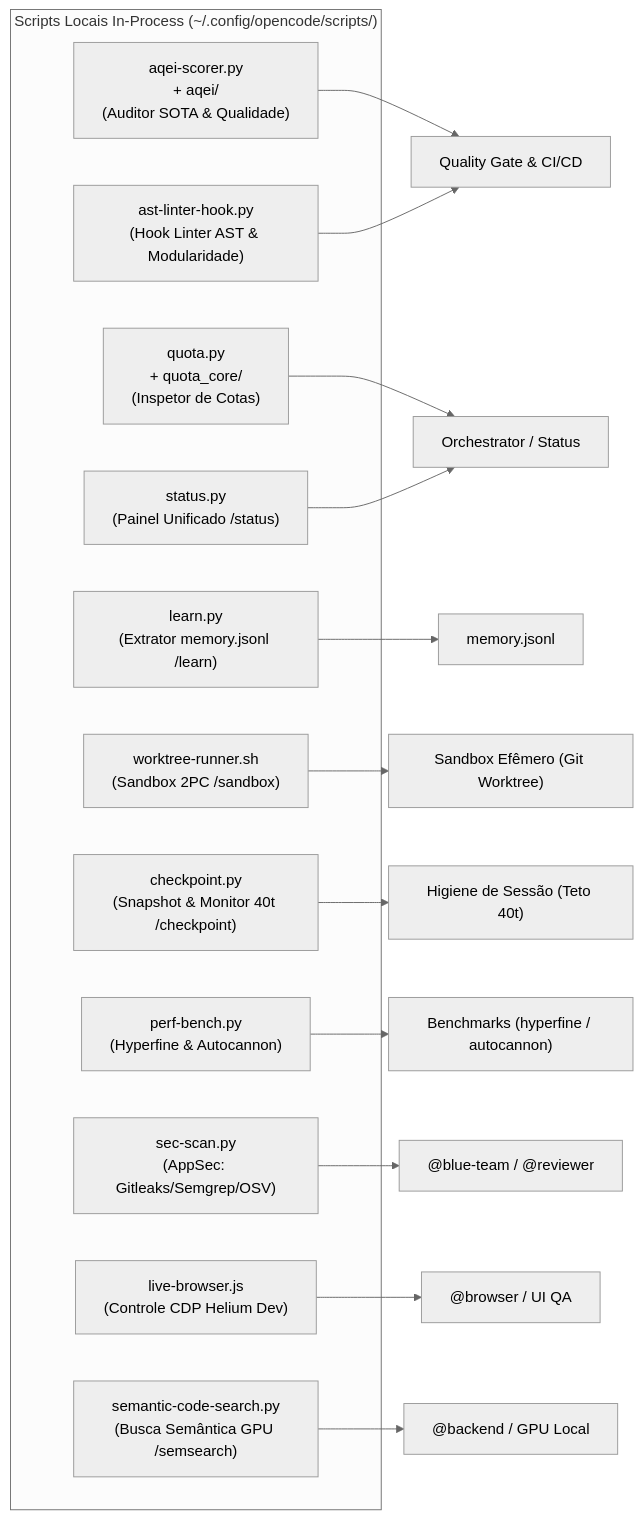
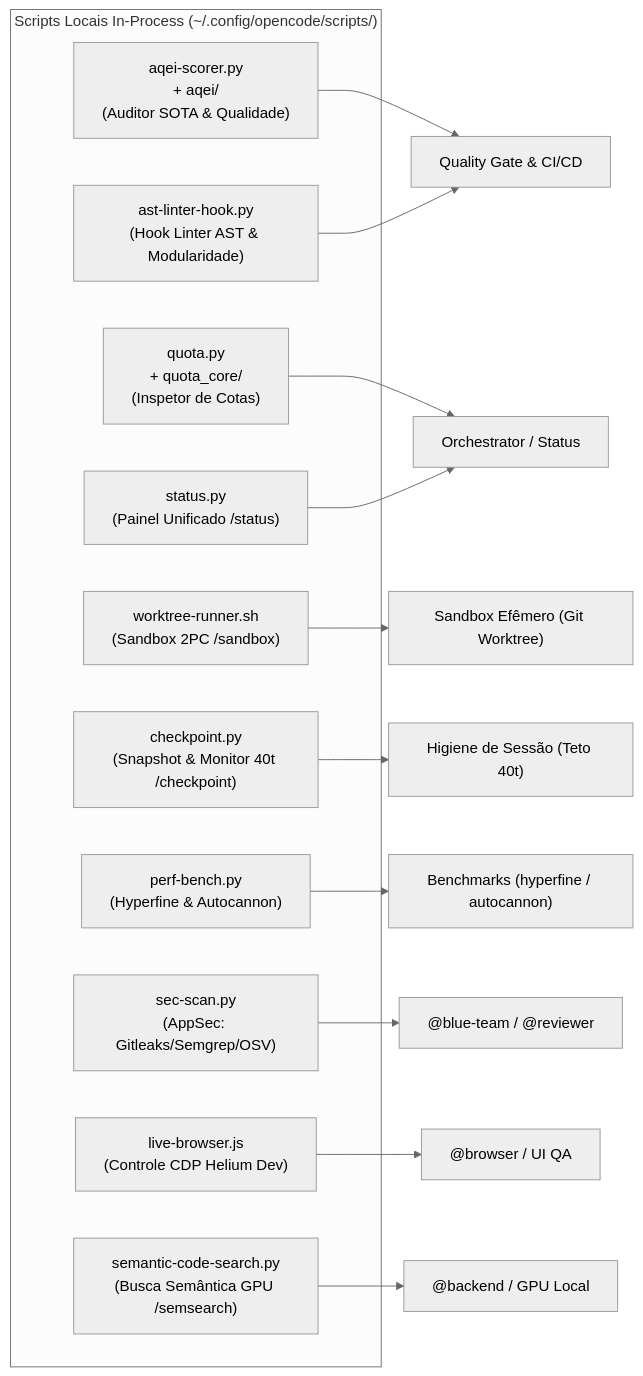
One commit to Caio2a7/dotfiles changed the diagram in opencode/.config/opencode/docs/TOOLING_CATALOG.md. Above: the diagram before and after it, drawn with Mermaid (neutral theme). The commit also changed other lines of this file and 1 other file, not shown here.

Commit message:
chore(opencode): remove learn.py e atualiza TOOLING_CATALOG

````diff
--- a/opencode/.config/opencode/docs/TOOLING_CATALOG.md
+++ b/opencode/.config/opencode/docs/TOOLING_CATALOG.md
@@ -9,28 +9,26 @@
 ```mermaid
 graph LR
     subgraph Suite_Scripts["Scripts Locais In-Process (~/.config/opencode/scripts/)"]
         AQEI["aqei-scorer.py\n+ aqei/\n(Auditor SOTA & Qualidade)"]
         Quota["quota.py\n+ quota_core/\n(Inspetor de Cotas)"]
         Status["status.py\n(Painel Unificado /status)"]
-        Learn["learn.py\n(Extrator memory.jsonl /learn)"]
         Worktree["worktree-runner.sh\n(Sandbox 2PC /sandbox)"]
         ASTLint["ast-linter-hook.py\n(Hook Linter AST & Modularidade)"]
         Checkpoint["checkpoint.py\n(Snapshot & Monitor 40t /checkpoint)"]
         PerfBench["perf-bench.py\n(Hyperfine & Autocannon)"]
         SecScan["sec-scan.py\n(AppSec: Gitleaks/Semgrep/OSV)"]
         LiveBrowser["live-browser.js\n(Controle CDP Helium Dev)"]
         SemSearch["semantic-code-search.py\n(Busca Semântica GPU /semsearch)"]
     end
 
     AQEI --> QualityGate["Quality Gate & CI/CD"]
     ASTLint --> QualityGate
     Quota --> Orchestrator["Orchestrator / Status"]
     Status --> Orchestrator
-    Learn --> MemoryMCP["memory.jsonl"]
     Worktree --> Isolation["Sandbox Efêmero (Git Worktree)"]
     Checkpoint --> ContextEconomy["Higiene de Sessão (Teto 40t)"]
     PerfBench --> Bench["Benchmarks (hyperfine / autocannon)"]
     SecScan --> BlueTeam["@blue-team / @reviewer"]
     LiveBrowser --> Browser["@browser / UI QA"]
     SemSearch --> Backend["@backend / GPU Local"]
 ```
````
